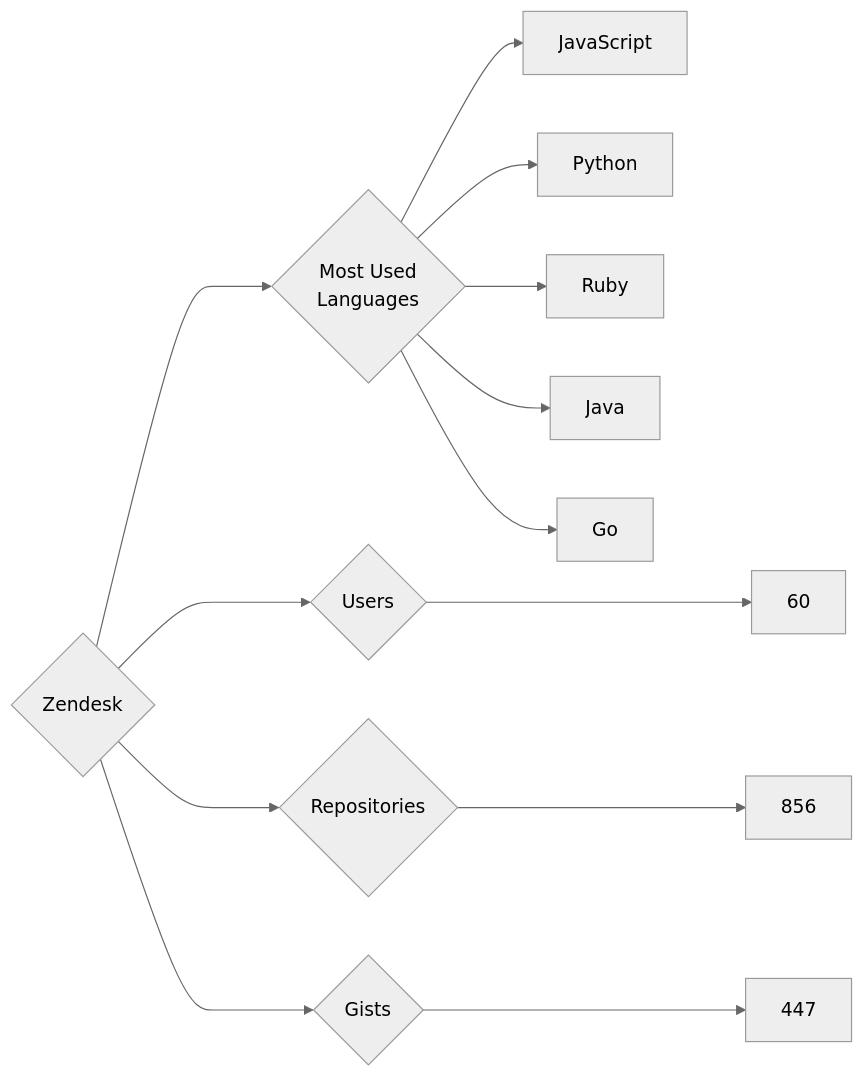
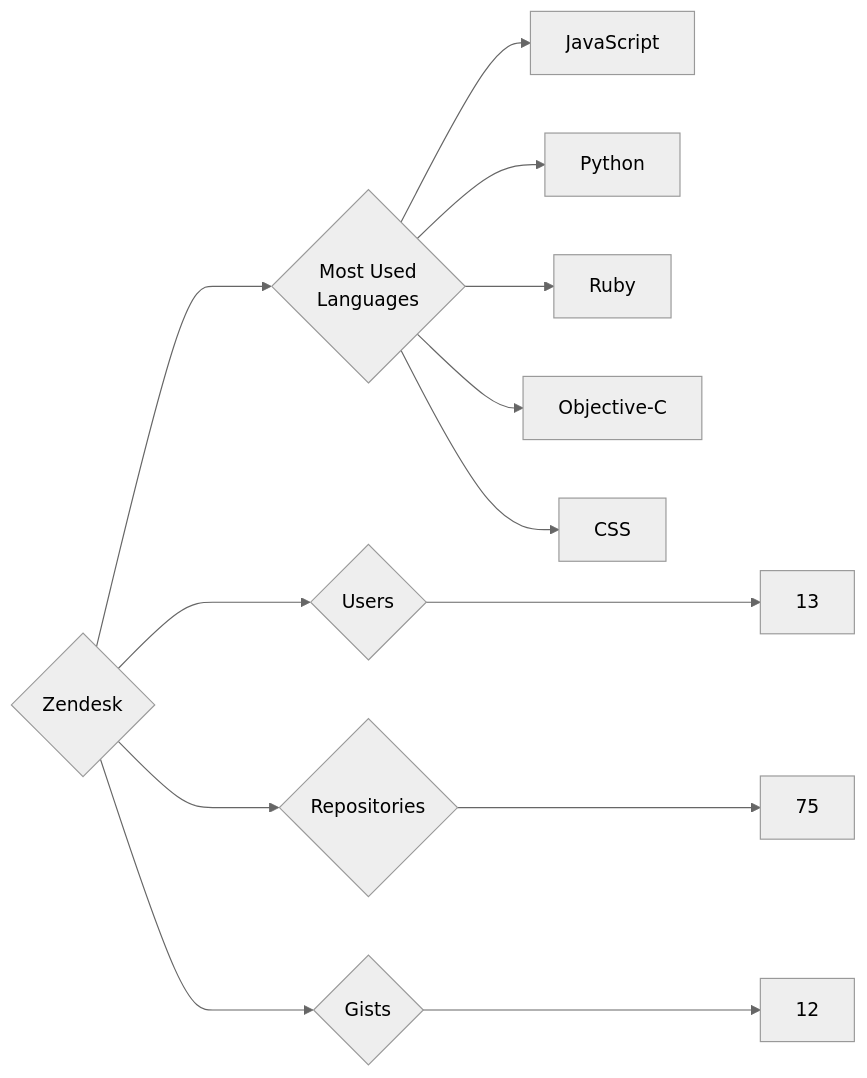
One commit to trickest/insiders changed the diagram in targets/Zendesk/README.md. Above: the diagram before and after it, drawn with Mermaid (neutral theme). The commit also changed 695 other files, not shown here.

````diff
--- a/targets/Zendesk/README.md
+++ b/targets/Zendesk/README.md
@@ -3,13 +3,13 @@
 ```mermaid
 graph LR
 COMPANY_NAME{Zendesk}
-COMPANY_NAME ---> U{Users} ---> UN[60]
-COMPANY_NAME ---> R{Repositories} ---> RN[856]
-COMPANY_NAME ---> G{Gists} ---> GN[447]
+COMPANY_NAME ---> U{Users} ---> UN[13]
+COMPANY_NAME ---> R{Repositories} ---> RN[75]
+COMPANY_NAME ---> G{Gists} ---> GN[12]
 COMPANY_NAME ---> ML{Most Used<br>Languages}
 ML --> JavaScript[JavaScript]
 ML --> Python[Python]
 ML --> Ruby[Ruby]
-ML --> Java[Java]
-ML --> Go[Go]
+ML --> Objective-C[Objective-C]
+ML --> CSS[CSS]
 ```
````
